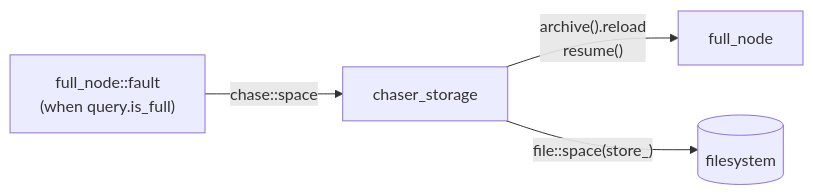
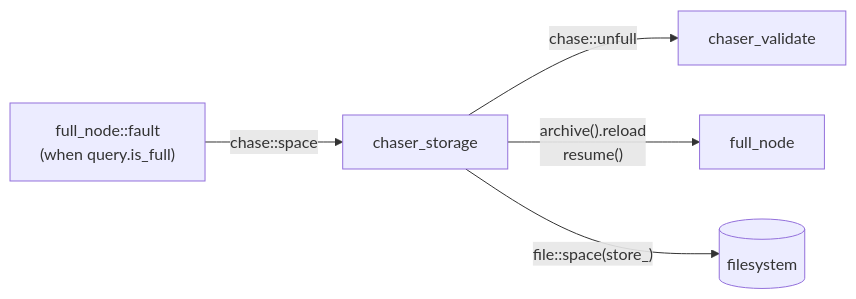
The third of 4 diagrams in architecture/md/12-periphery-chasers.md (libbitcoin/libbitcoin.github.io), drawn with Mermaid before and after one commit. The commit also changed other lines of this file and 31 other files, not shown here.

Commit message:
Add the node architecture pages.

````diff
--- a/architecture/md/12-periphery-chasers.md
+++ b/architecture/md/12-periphery-chasers.md
@@ -264,6 +169,7 @@
 ```mermaid
 flowchart LR
     FN["full_node::fault<br/>(when query.is_full)"] -- "chase::space" --> STG[chaser_storage]
+    STG -- "chase::unfull" --> VAL[chaser_validate]
     STG -- "archive().reload\nresume()" --> NODE[full_node]
     STG -- "file::space(store_)" --> FS[(filesystem)]
 ```
````
